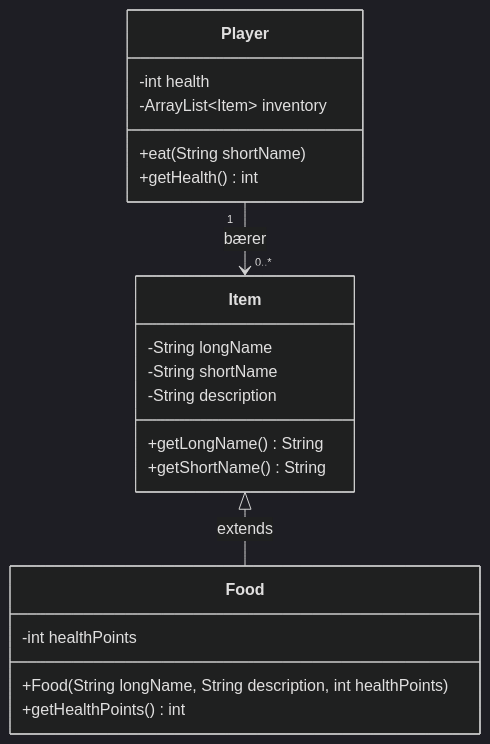
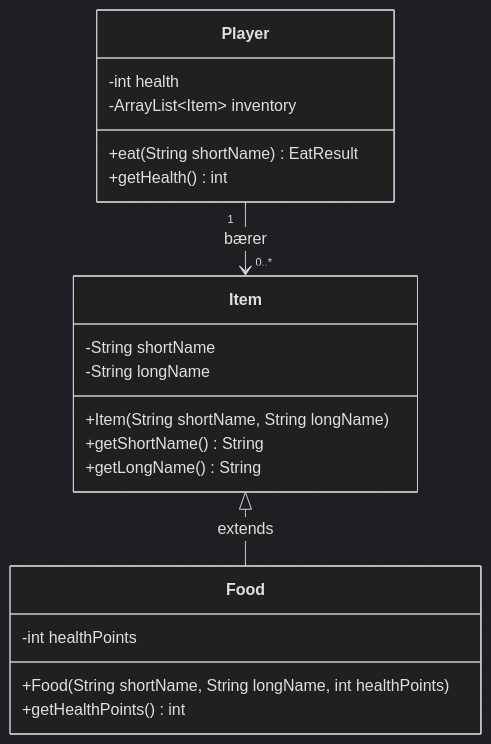
The second of 3 diagrams in projekter/adventure/del-3-food.md (CheMical/DAT-GBG-DA-E26AB), drawn with Mermaid (dark theme) before and after one commit. The commit also changed other lines of this file and 20 other files, not shown here.

````diff
--- a/projekter/adventure/del-3-food.md
+++ b/projekter/adventure/del-3-food.md
@@ -121,24 +131,24 @@
 ```mermaid
 classDiagram
     class Item {
+        -String shortName
         -String longName
-        -String shortName
-        -String description
+        +Item(String shortName, String longName)
+        +getShortName() String
         +getLongName() String
-        +getShortName() String
     }
     class Food {
         -int healthPoints
-        +Food(String longName, String description, int healthPoints)
+        +Food(String shortName, String longName, int healthPoints)
         +getHealthPoints() int
     }
     class Player {
         -int health
         -ArrayList~Item~ inventory
-        +eat(String shortName)
+        +eat(String shortName) EatResult
         +getHealth() int
     }
 
     Item <|-- Food : extends
     Player "1" --> "0..*" Item : bærer
 ```
````
